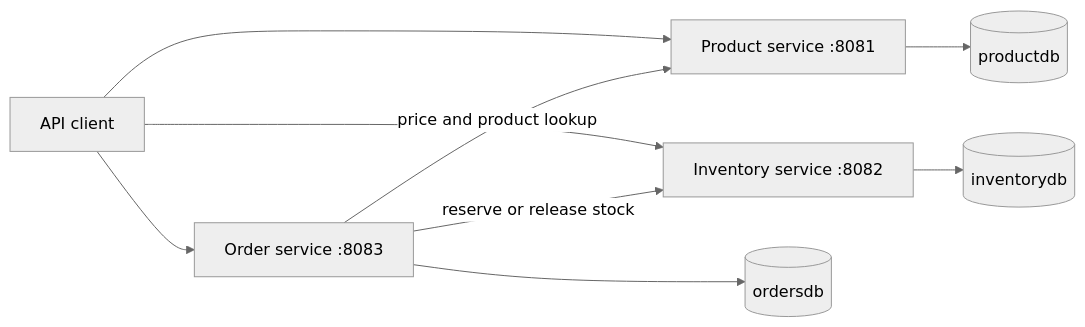
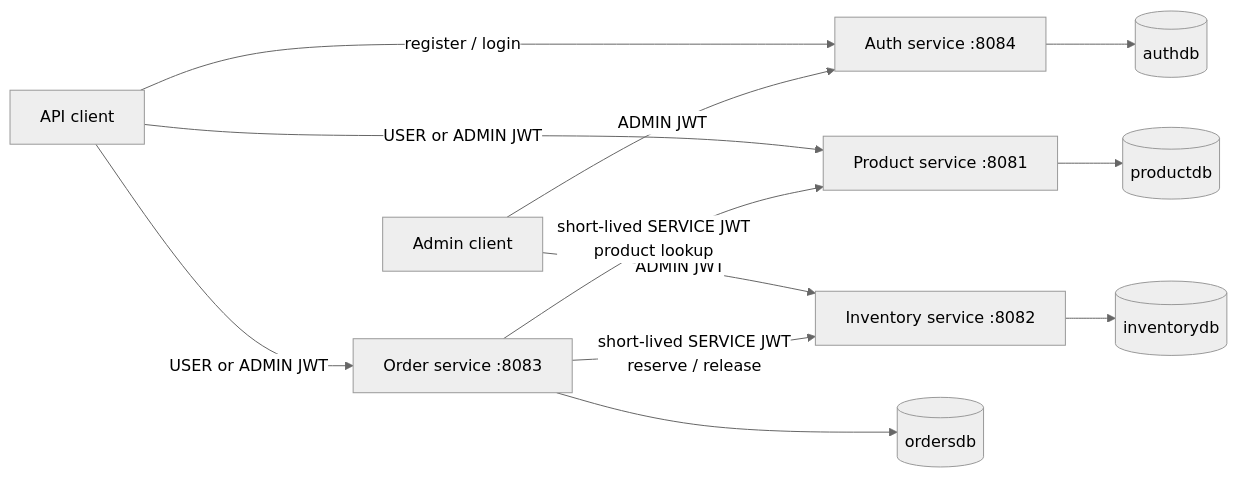
Before and after one commit to pramodtarpe/ecom-microservice: the diagram in README.md, drawn with Mermaid (neutral theme). The commit also changed other lines of this file and 21 other files, not shown here.

````diff
--- a/README.md
+++ b/README.md
@@ -7,12 +9,15 @@
 ```mermaid
 flowchart LR
     Client[API client]
-    Client --> Product[Product service :8081]
-    Client --> Inventory[Inventory service :8082]
-    Client --> Order[Order service :8083]
-    Order -- price and product lookup --> Product
-    Order -- reserve or release stock --> Inventory
+    Client -->|register / login| Auth[Auth service :8084]
+    Client -->|USER or ADMIN JWT| Product[Product service :8081]
+    Client -->|USER or ADMIN JWT| Order[Order service :8083]
+    Admin[Admin client] -->|ADMIN JWT| Inventory[Inventory service :8082]
+    Admin -->|ADMIN JWT| Auth
+    Order -->|short-lived SERVICE JWT\nproduct lookup| Product
+    Order -->|short-lived SERVICE JWT\nreserve / release| Inventory
+    Auth --> AuthDB[(authdb)]
     Product --> ProductDB[(productdb)]
     Inventory --> InventoryDB[(inventorydb)]
     Order --> OrderDB[(ordersdb)]
 ```
````
